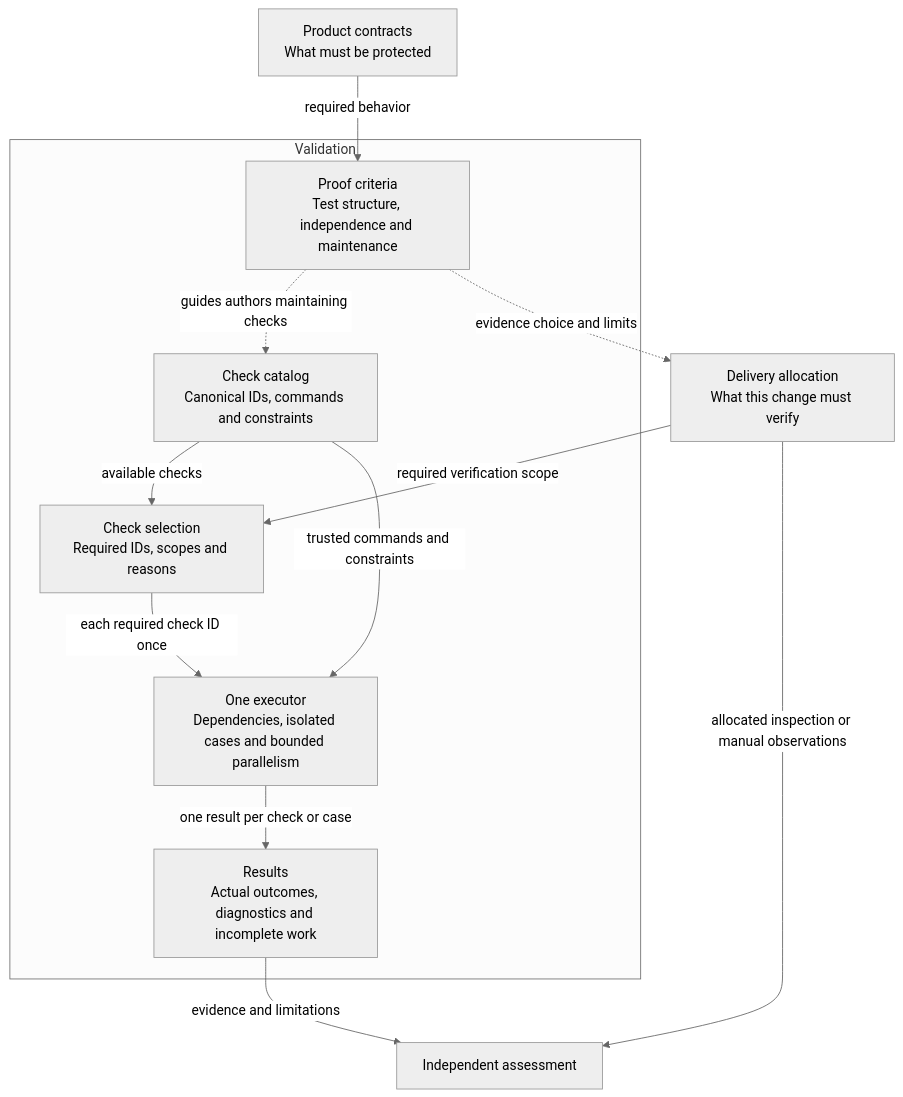
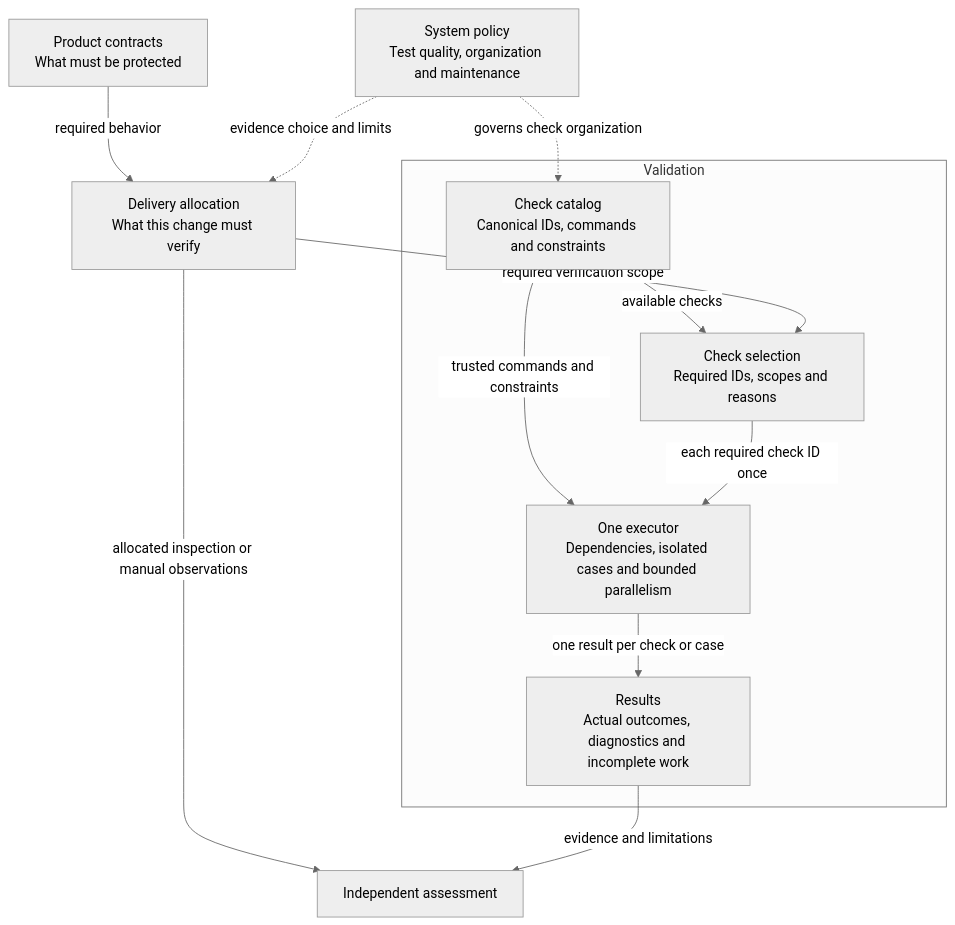
Before and after one commit to xiongxianfei/rigorloop: the fourth of 5 diagrams in docs/design/engineering/validation.md, drawn with Mermaid (neutral theme). The commit also changed other lines of this file and 112 other files, not shown here.

````diff
--- a/docs/design/engineering/validation.md
+++ b/docs/design/engineering/validation.md
@@ -155,25 +139,25 @@
 ```mermaid
 flowchart TB
     Contracts["Product contracts<br/>What must be protected"]
     Delivery["Delivery allocation<br/>What this change must verify"]
+    Criteria["System policy<br/>Test quality, organization and maintenance"]
 
     subgraph Validation["Validation"]
-        Criteria["Proof criteria<br/>Test structure, independence and maintenance"]
         Catalog["Check catalog<br/>Canonical IDs, commands and constraints"]
         Selection["Check selection<br/>Required IDs, scopes and reasons"]
         Executor["One executor<br/>Dependencies, isolated cases and bounded parallelism"]
         Results["Results<br/>Actual outcomes, diagnostics and incomplete work"]
 
-        Criteria -.->|"guides authors maintaining checks"| Catalog
         Catalog -->|"available checks"| Selection
         Catalog -->|"trusted commands and constraints"| Executor
         Selection -->|"each required check ID once"| Executor
         Executor -->|"one result per check or case"| Results
     end
 
-    Contracts -->|"required behavior"| Criteria
+    Contracts -->|"required behavior"| Delivery
+    Criteria -.->|"governs check organization"| Catalog
     Delivery -->|"required verification scope"| Selection
     Criteria -.->|"evidence choice and limits"| Delivery
     Delivery -->|"allocated inspection or manual observations"| Assessment
     Results -->|"evidence and limitations"| Assessment["Independent assessment"]
 ```
````
